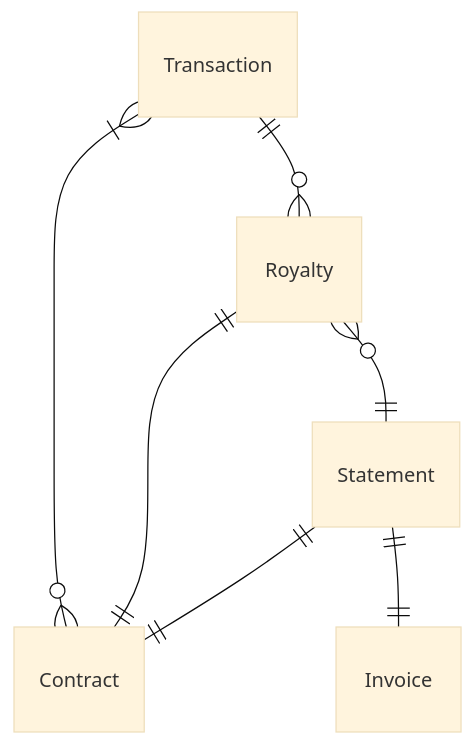
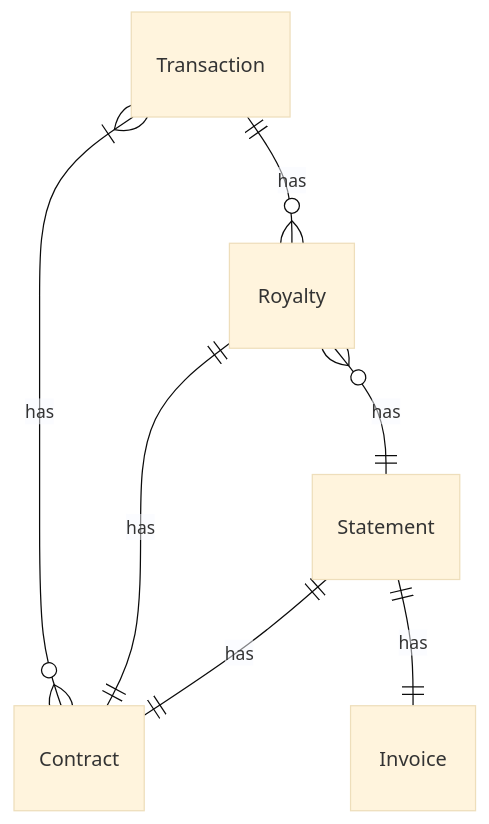
The diagram in qna/learning-business-domains.md (milespossing/possing-tech-blog), drawn with Mermaid (base theme) before and after one commit.

Commit message:
Updating graph

````diff
--- a/qna/learning-business-domains.md
+++ b/qna/learning-business-domains.md
@@ -77,14 +77,14 @@
 ```mermaid
 erDiagram
     C[Contract]
     T[Transaction]
     R[Royalty]
     S[Statement]
     I[Invoice]
-    T }|--o{ C : ""
-    T ||--o{ R : ""
-    R ||--|| C : ""
-    R }o--|| S : ""
-    S ||--|| C : ""
-    S ||--|| I : ""
+    T }|--o{ C : "has"
+    T ||--o{ R : "has"
+    R ||--|| C : "has"
+    R }o--|| S : "has"
+    S ||--|| C : "has"
+    S ||--|| I : "has"
 ```
````
